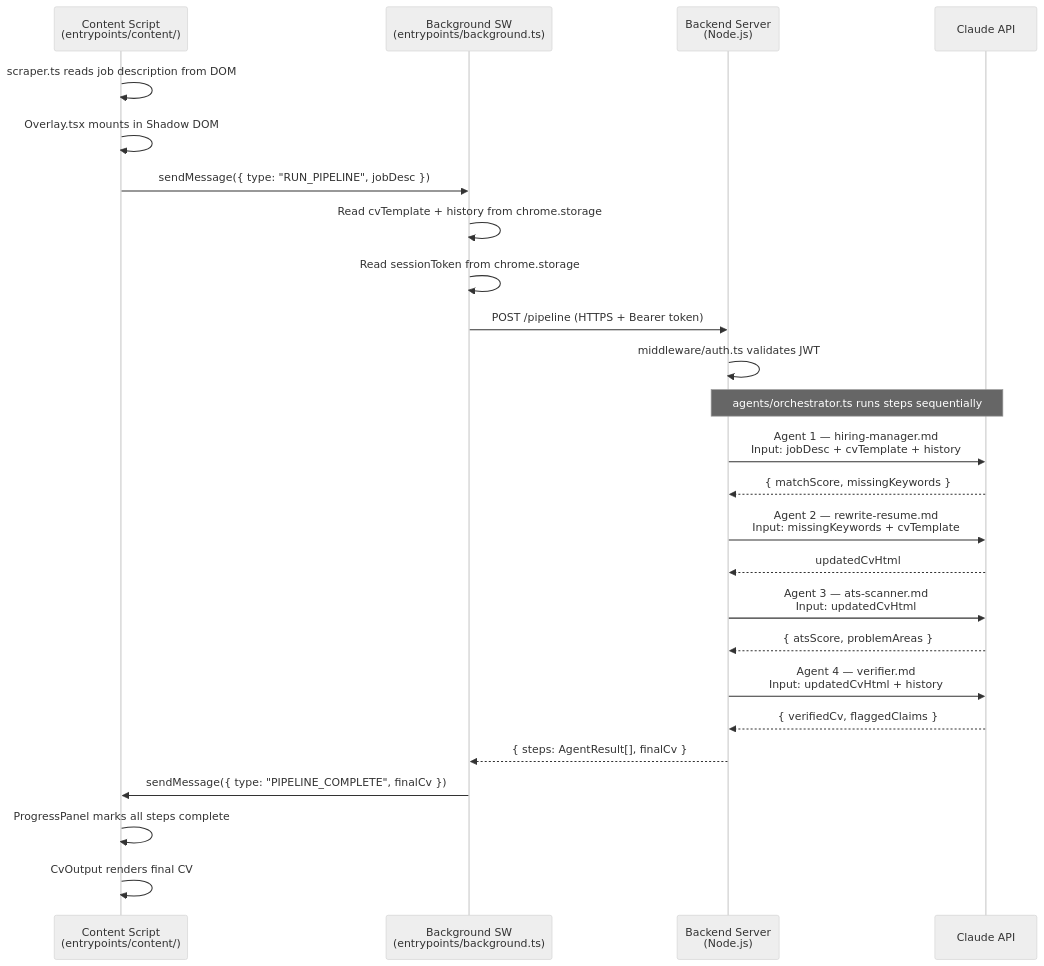
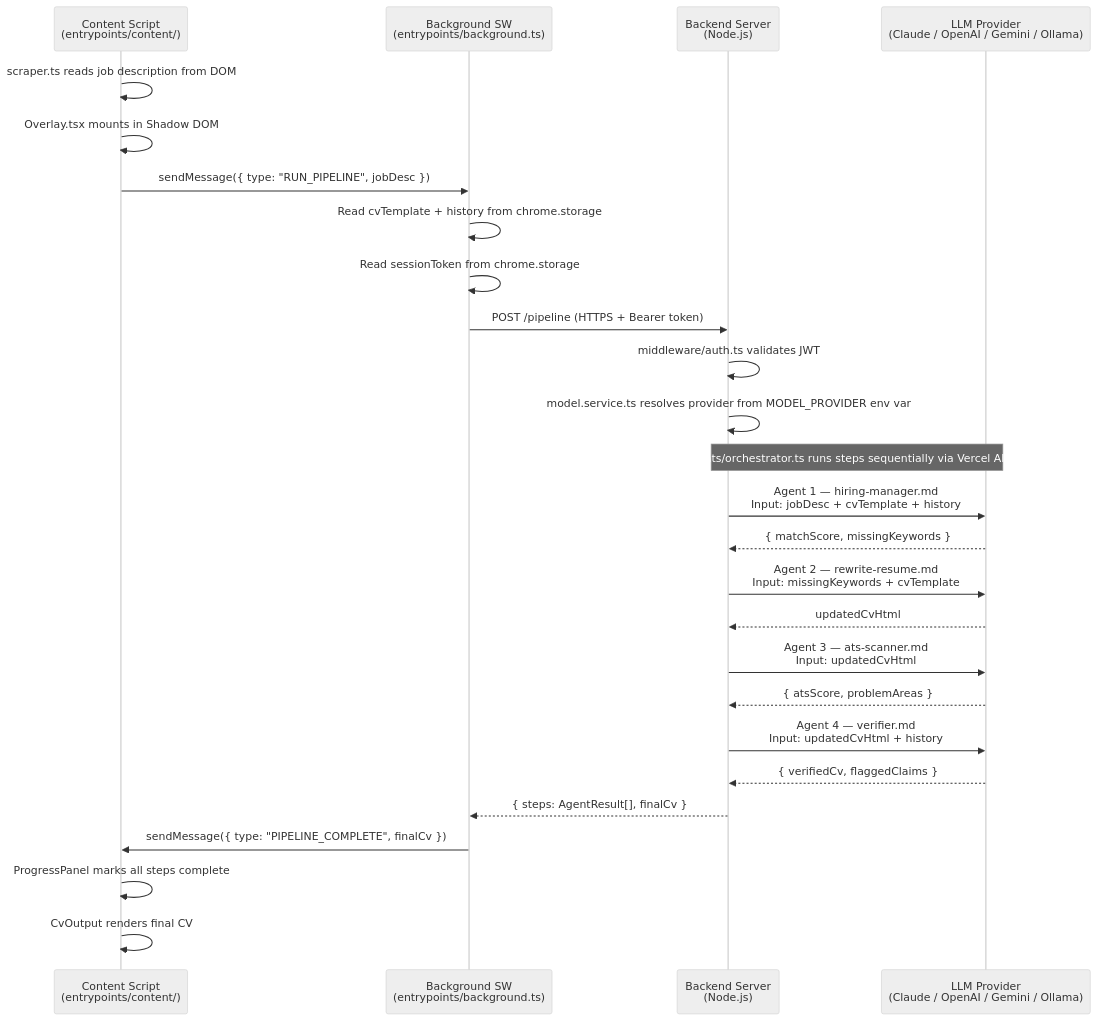
One commit to tomeraitz/resume-fitter changed the diagram in .claude/plans/project-structure.md. Above: the diagram before and after it, drawn with Mermaid (neutral theme). The commit also changed other lines of this file and 1 other file, not shown here.

Commit message:
Update project documentation to reflect integration of Vercel AI SDK for LLM calls, replacing direct API fetches. Revise backend structure to support multiple LLM providers (Claude, OpenAI, Gemini, Ollama) via a unified interface. Enhance notes on environment variable usage and service architecture.

````diff
--- a/.claude/plans/project-structure.md
+++ b/.claude/plans/project-structure.md
@@ -153,36 +170,37 @@
 ```mermaid
 sequenceDiagram
     participant CS as Content Script<br/>(entrypoints/content/)
     participant SW as Background SW<br/>(entrypoints/background.ts)
     participant BE as Backend Server<br/>(Node.js)
-    participant CL as Claude API
+    participant CL as LLM Provider<br/>(Claude / OpenAI / Gemini / Ollama)
 
     CS->>CS: scraper.ts reads job description from DOM
     CS->>CS: Overlay.tsx mounts in Shadow DOM
     CS->>SW: sendMessage({ type: "RUN_PIPELINE", jobDesc })
 
     SW->>SW: Read cvTemplate + history from chrome.storage
     SW->>SW: Read sessionToken from chrome.storage
     SW->>BE: POST /pipeline (HTTPS + Bearer token)
 
     BE->>BE: middleware/auth.ts validates JWT
+    BE->>BE: model.service.ts resolves provider from MODEL_PROVIDER env var
 
-    Note over BE,CL: agents/orchestrator.ts runs steps sequentially
+    Note over BE,CL: agents/orchestrator.ts runs steps sequentially via Vercel AI SDK
 
     BE->>CL: Agent 1 — hiring-manager.md<br/>Input: jobDesc + cvTemplate + history
     CL-->>BE: { matchScore, missingKeywords }
 
     BE->>CL: Agent 2 — rewrite-resume.md<br/>Input: missingKeywords + cvTemplate
     CL-->>BE: updatedCvHtml
 
     BE->>CL: Agent 3 — ats-scanner.md<br/>Input: updatedCvHtml
     CL-->>BE: { atsScore, problemAreas }
 
     BE->>CL: Agent 4 — verifier.md<br/>Input: updatedCvHtml + history
     CL-->>BE: { verifiedCv, flaggedClaims }
 
     BE-->>SW: { steps: AgentResult[], finalCv }
     SW->>CS: sendMessage({ type: "PIPELINE_COMPLETE", finalCv })
     CS->>CS: ProgressPanel marks all steps complete
     CS->>CS: CvOutput renders final CV
 ```
````
